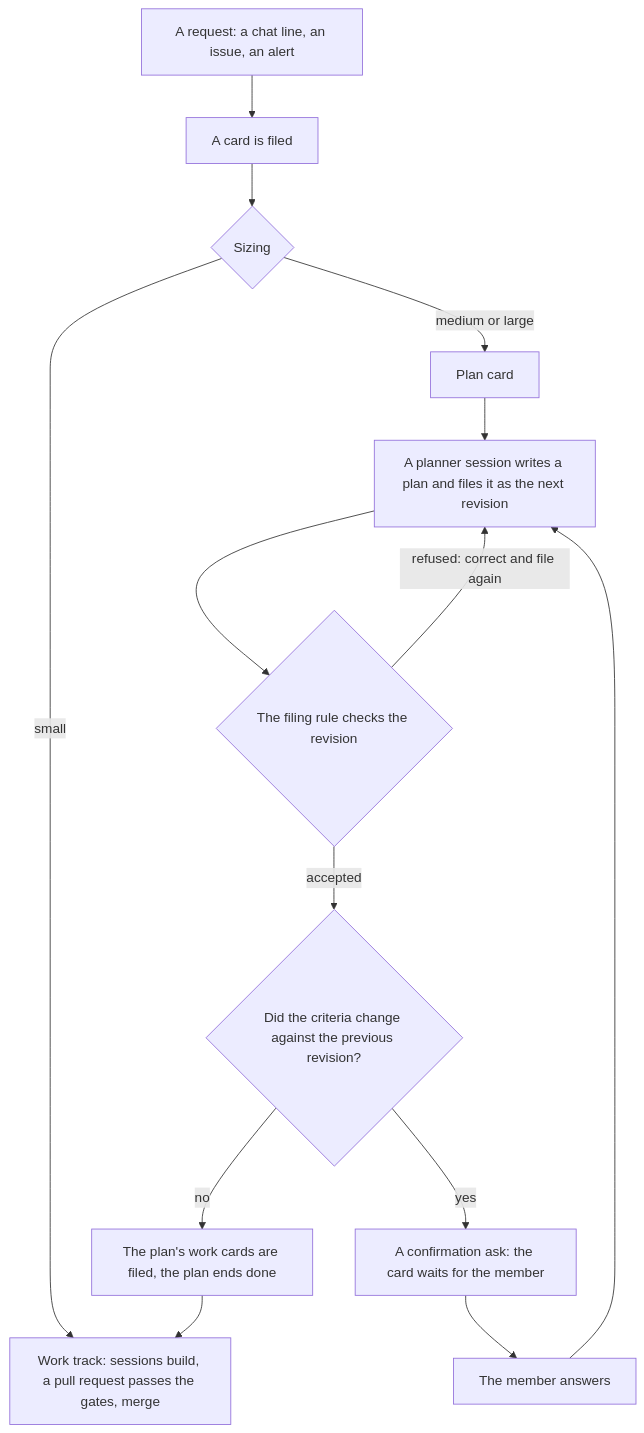
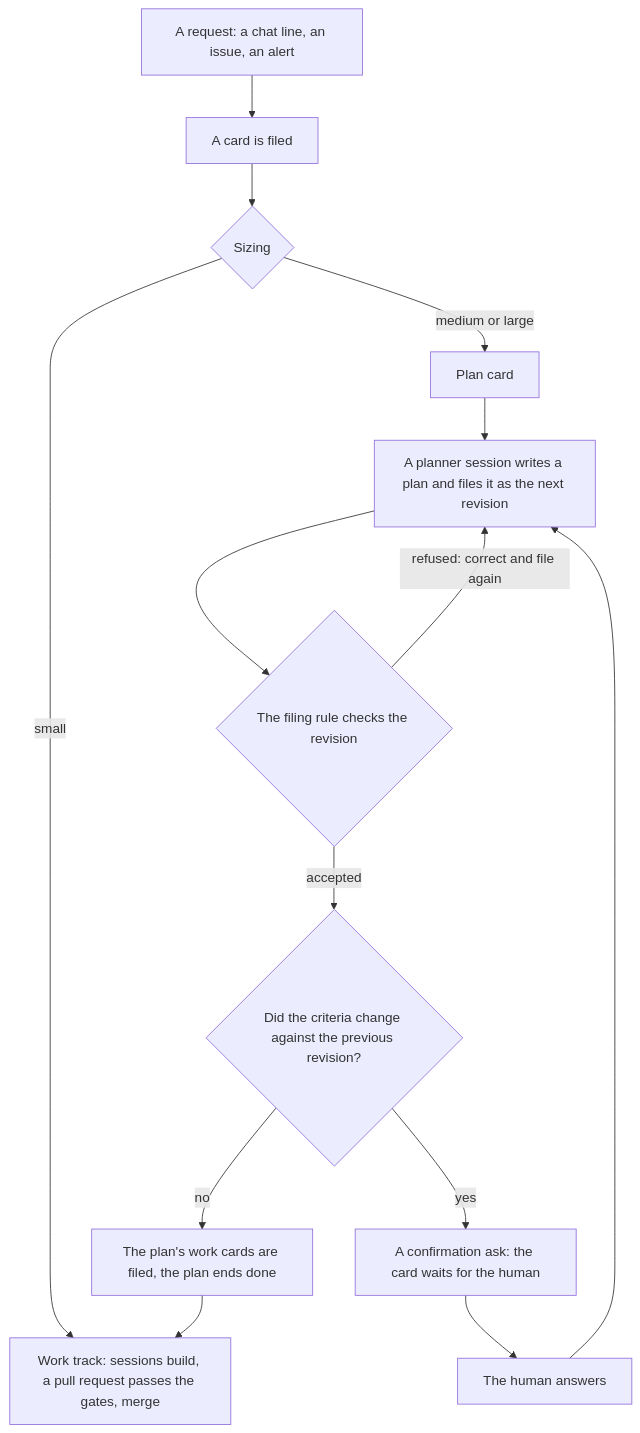
Before and after one commit to sebastianrueckerai/ai-software-factory: the diagram in docs/plan-revision-loop-concept-2026-10-31.md, drawn with Mermaid. The commit also changed other lines of this file and 2 other files, not shown here.

Commit message:
docs: humans are called human, not member

````diff
--- a/docs/plan-revision-loop-concept-2026-10-31.md
+++ b/docs/plan-revision-loop-concept-2026-10-31.md
@@ -18,16 +18,16 @@
 ```mermaid
 flowchart TD
     request["A request: a chat line, an issue, an alert"] --> card["A card is filed"]
     card --> sizing{"Sizing"}
     sizing -->|"small"| work["Work track: sessions build, a pull request passes the gates, merge"]
     sizing -->|"medium or large"| plan["Plan card"]
     plan --> planner["A planner session writes a plan and files it as the next revision"]
     planner --> rule{"The filing rule checks the revision"}
     rule -->|"refused: correct and file again"| planner
     rule -->|"accepted"| changed{"Did the criteria change against the previous revision?"}
     changed -->|"no"| file["The plan's work cards are filed, the plan ends done"]
-    changed -->|"yes"| confirm["A confirmation ask: the card waits for the member"]
-    confirm --> answer["The member answers"]
+    changed -->|"yes"| confirm["A confirmation ask: the card waits for the human"]
+    confirm --> answer["The human answers"]
     answer --> planner
     file --> work
 ```
````
